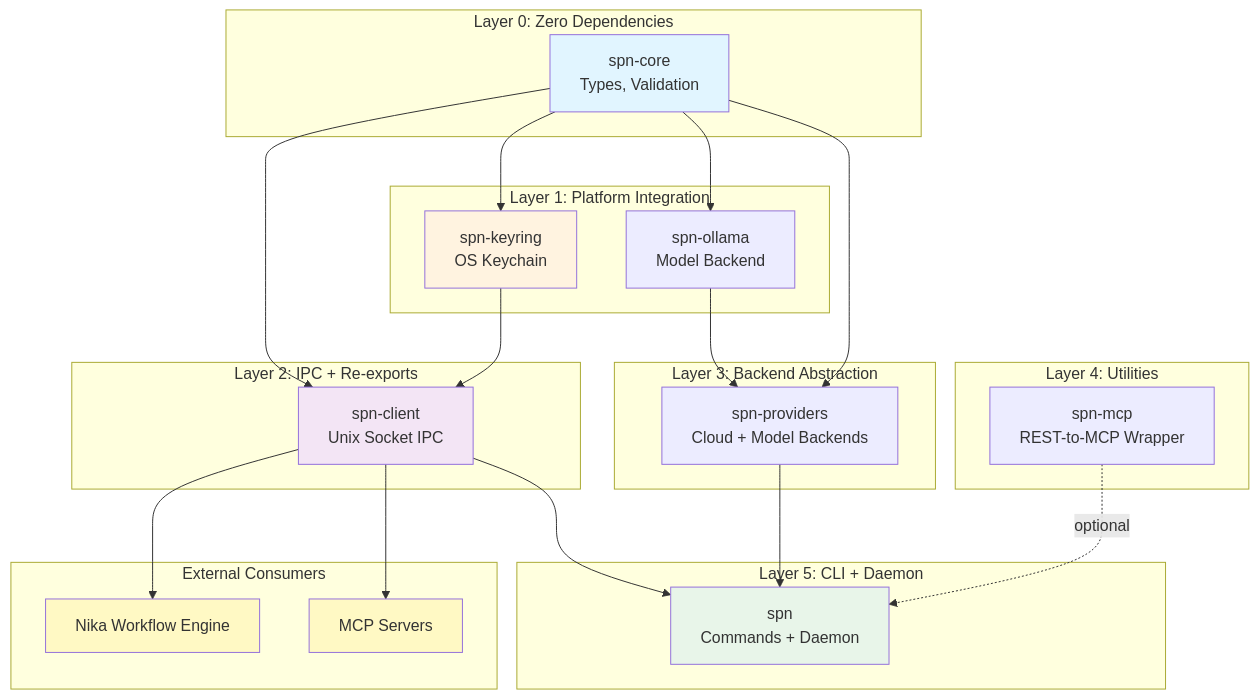
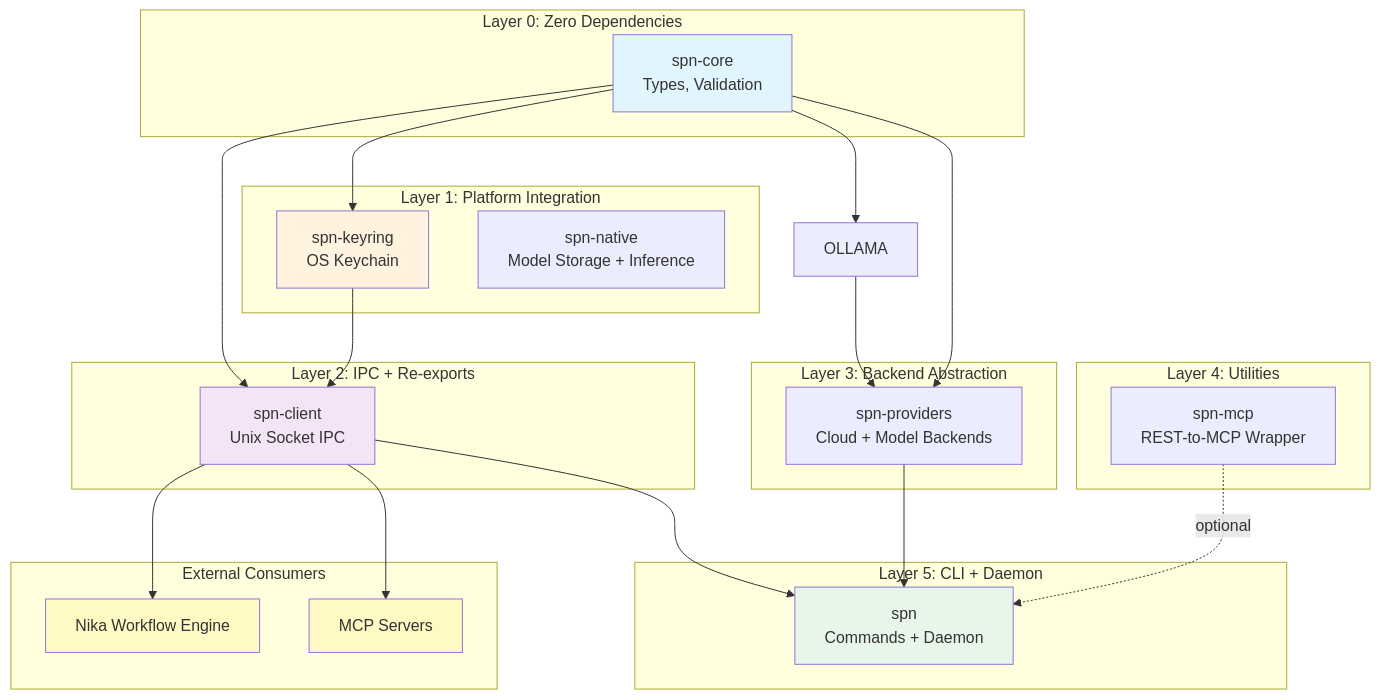
Before and after one commit to supernovae-st/supernovae-cli: the first of 4 diagrams in docs/ARCHITECTURE.md, drawn with Mermaid. The commit also changed other lines of this file and 7 other files, not shown here.

First line of the commit message:
docs: remove spn-ollama references, update to v0.16.0

````diff
--- a/docs/ARCHITECTURE.md
+++ b/docs/ARCHITECTURE.md
@@ -58,51 +58,51 @@
 ```mermaid
 graph TB
     subgraph "Layer 0: Zero Dependencies"
         CORE[spn-core<br/>Types, Validation]
     end
 
     subgraph "Layer 1: Platform Integration"
         KEYRING[spn-keyring<br/>OS Keychain]
-        OLLAMA[spn-ollama<br/>Model Backend]
+        NATIVE[spn-native<br/>Model Storage + Inference]
     end
 
     subgraph "Layer 2: IPC + Re-exports"
         CLIENT[spn-client<br/>Unix Socket IPC]
     end
 
     subgraph "Layer 3: Backend Abstraction"
         PROVIDERS[spn-providers<br/>Cloud + Model Backends]
     end
 
     subgraph "Layer 4: Utilities"
         MCP[spn-mcp<br/>REST-to-MCP Wrapper]
     end
 
     subgraph "Layer 5: CLI + Daemon"
         CLI[spn<br/>Commands + Daemon]
     end
 
     subgraph "External Consumers"
         NIKA[Nika Workflow Engine]
         MCPSERVERS[MCP Servers]
     end
 
     CORE --> KEYRING
     CORE --> OLLAMA
     CORE --> CLIENT
     KEYRING --> CLIENT
     OLLAMA --> PROVIDERS
     CLIENT --> CLI
     CLIENT --> NIKA
     CLIENT --> MCPSERVERS
     PROVIDERS --> CLI
     CORE --> PROVIDERS
     MCP -.optional.-> CLI
 
     style CORE fill:#e1f5ff
     style KEYRING fill:#fff3e0
     style CLIENT fill:#f3e5f5
     style CLI fill:#e8f5e9
     style NIKA fill:#fff9c4
     style MCPSERVERS fill:#fff9c4
 ```
````
